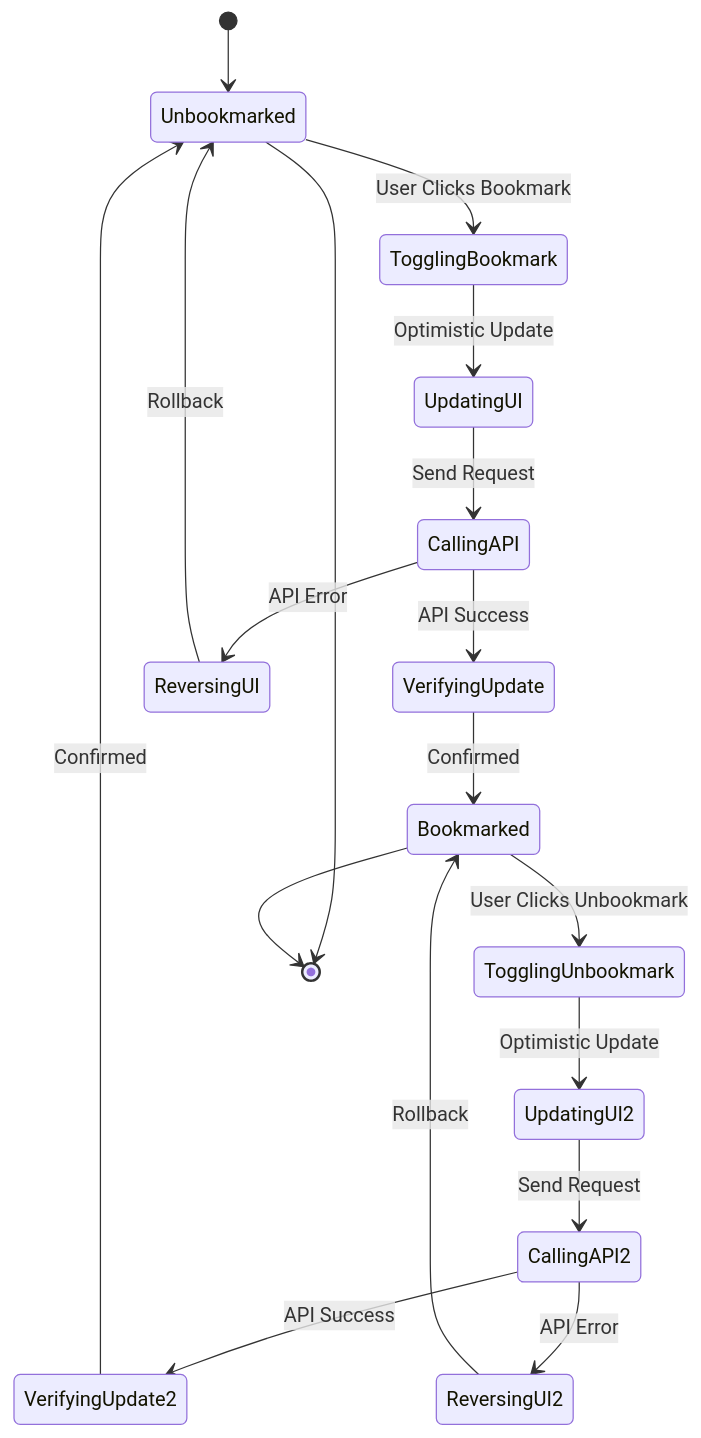
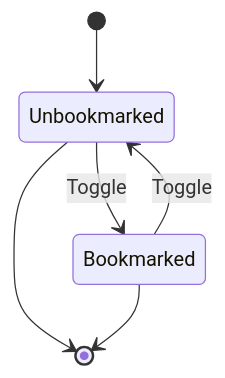
One commit to Arshi9214/News-Aggregator-and-Analysis changed the tenth of 14 diagrams in README.md. Above: the diagram before and after it, drawn with Mermaid. The commit also changed other lines of this file, not shown here.

````diff
--- a/README.md
+++ b/README.md
@@ -594,27 +340,8 @@
 ```mermaid
 stateDiagram-v2
     [*] --> Unbookmarked
-    
-    Unbookmarked --> TogglingBookmark : User Clicks Bookmark
-    TogglingBookmark --> UpdatingUI : Optimistic Update
-    UpdatingUI --> CallingAPI : Send Request
-    
-    CallingAPI --> VerifyingUpdate : API Success
-    CallingAPI --> ReversingUI : API Error
-    
-    VerifyingUpdate --> Bookmarked : Confirmed
-    ReversingUI --> Unbookmarked : Rollback
-    
-    Bookmarked --> TogglingUnbookmark : User Clicks Unbookmark
-    TogglingUnbookmark --> UpdatingUI2 : Optimistic Update
-    UpdatingUI2 --> CallingAPI2 : Send Request
-    
-    CallingAPI2 --> VerifyingUpdate2 : API Success
-    CallingAPI2 --> ReversingUI2 : API Error
-    
-    VerifyingUpdate2 --> Unbookmarked : Confirmed
-    ReversingUI2 --> Bookmarked : Rollback
-    
+    Unbookmarked --> Bookmarked : Toggle
+    Bookmarked --> Unbookmarked : Toggle
     Unbookmarked --> [*]
     Bookmarked --> [*]
 ```
````
